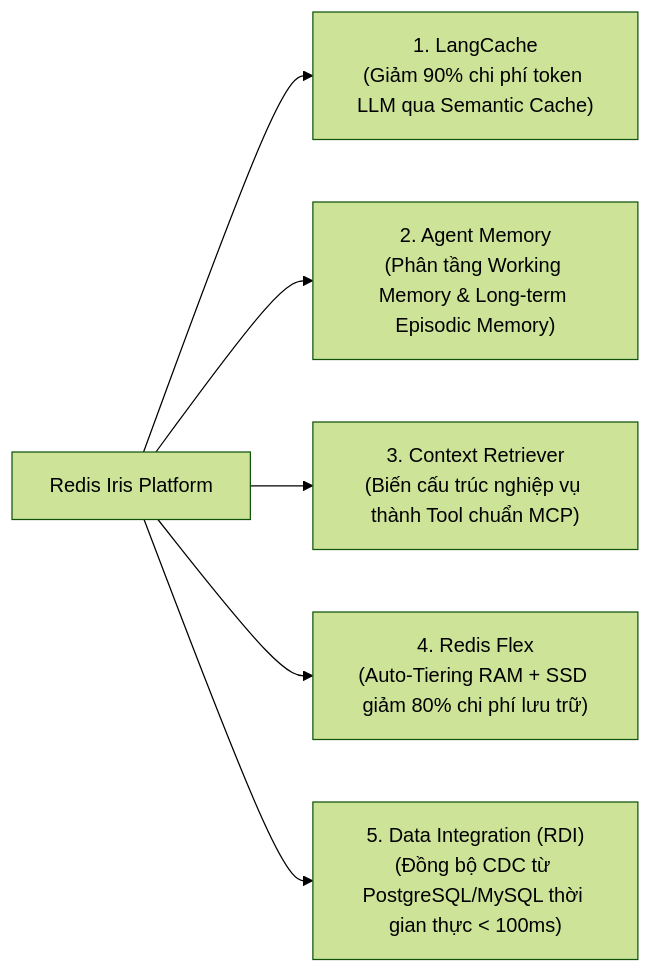
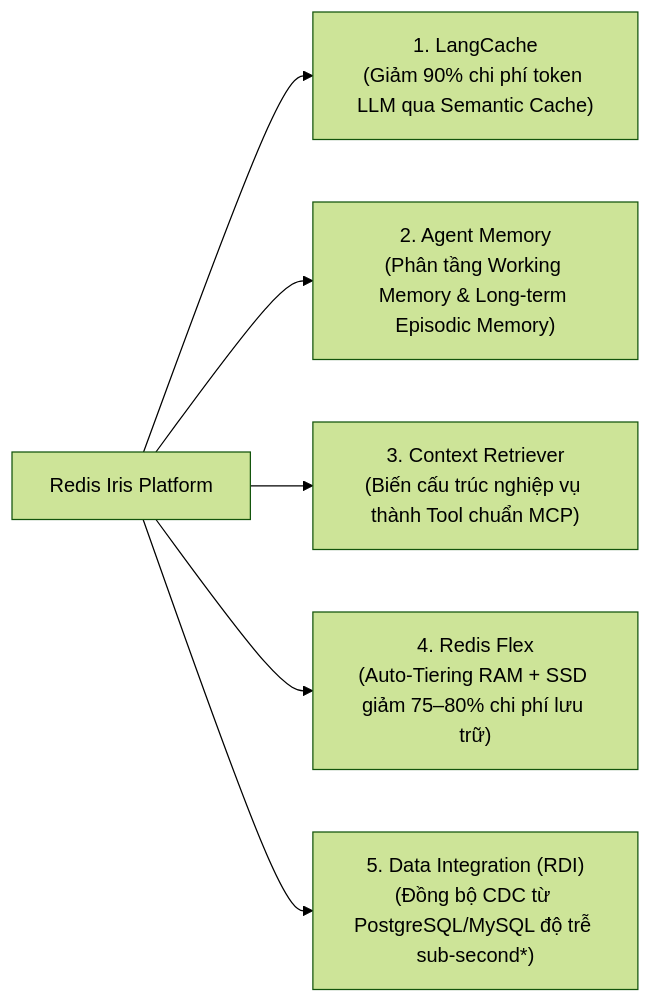
One commit to hieutran0204/Redis_Iris changed the third of 3 diagrams in 3-redis-iris-platform/0-why-iris-context-engine.md. Above: the diagram before and after it, drawn with Mermaid (forest theme). The commit also changed other lines of this file and 5 other files, not shown here.

````diff
--- a/3-redis-iris-platform/0-why-iris-context-engine.md
+++ b/3-redis-iris-platform/0-why-iris-context-engine.md
@@ -91,8 +91,8 @@
 ```mermaid
 graph LR
     Iris["Redis Iris Platform"] --> P1["1. LangCache<br/>(Giảm 90% chi phí token LLM qua Semantic Cache)"]
     Iris --> P2["2. Agent Memory<br/>(Phân tầng Working Memory & Long-term Episodic Memory)"]
     Iris --> P3["3. Context Retriever<br/>(Biến cấu trúc nghiệp vụ thành Tool chuẩn MCP)"]
-    Iris --> P4["4. Redis Flex<br/>(Auto-Tiering RAM + SSD giảm 80% chi phí lưu trữ)"]
-    Iris --> P5["5. Data Integration (RDI)<br/>(Đồng bộ CDC từ PostgreSQL/MySQL thời gian thực < 100ms)"]
+    Iris --> P4["4. Redis Flex<br/>(Auto-Tiering RAM + SSD giảm 75–80% chi phí lưu trữ)"]
+    Iris --> P5["5. Data Integration (RDI)<br/>(Đồng bộ CDC từ PostgreSQL/MySQL độ trễ sub-second*)"]
 ```
````
